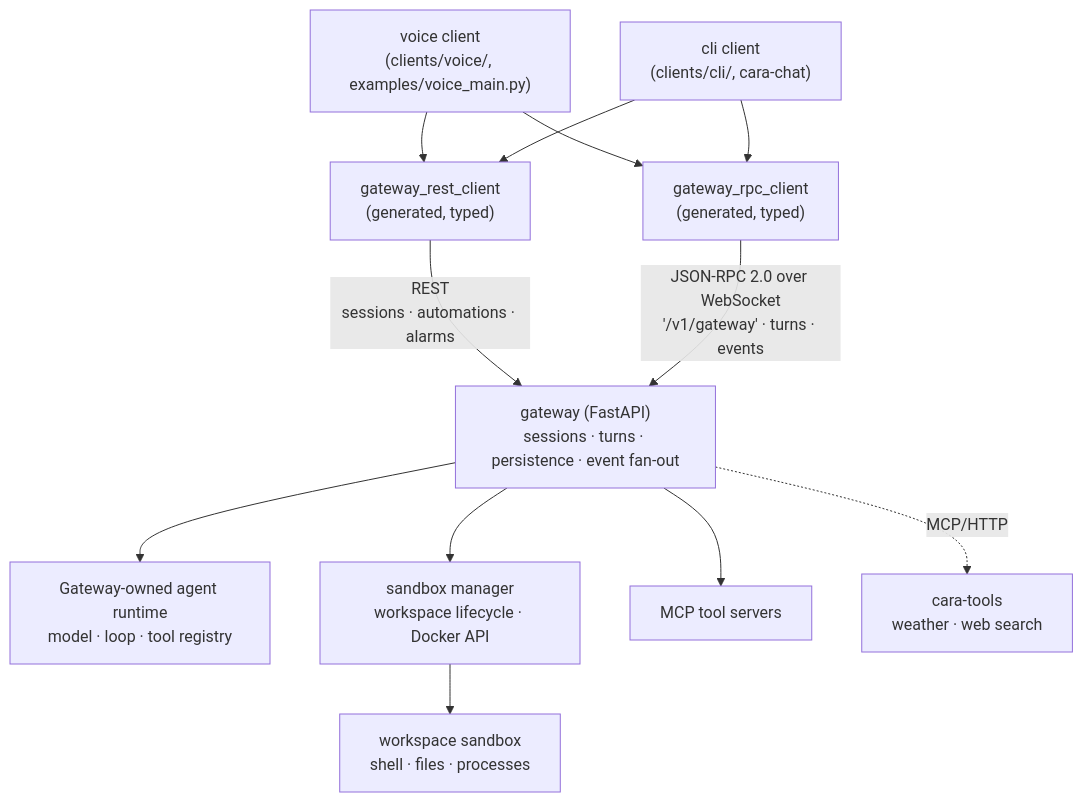
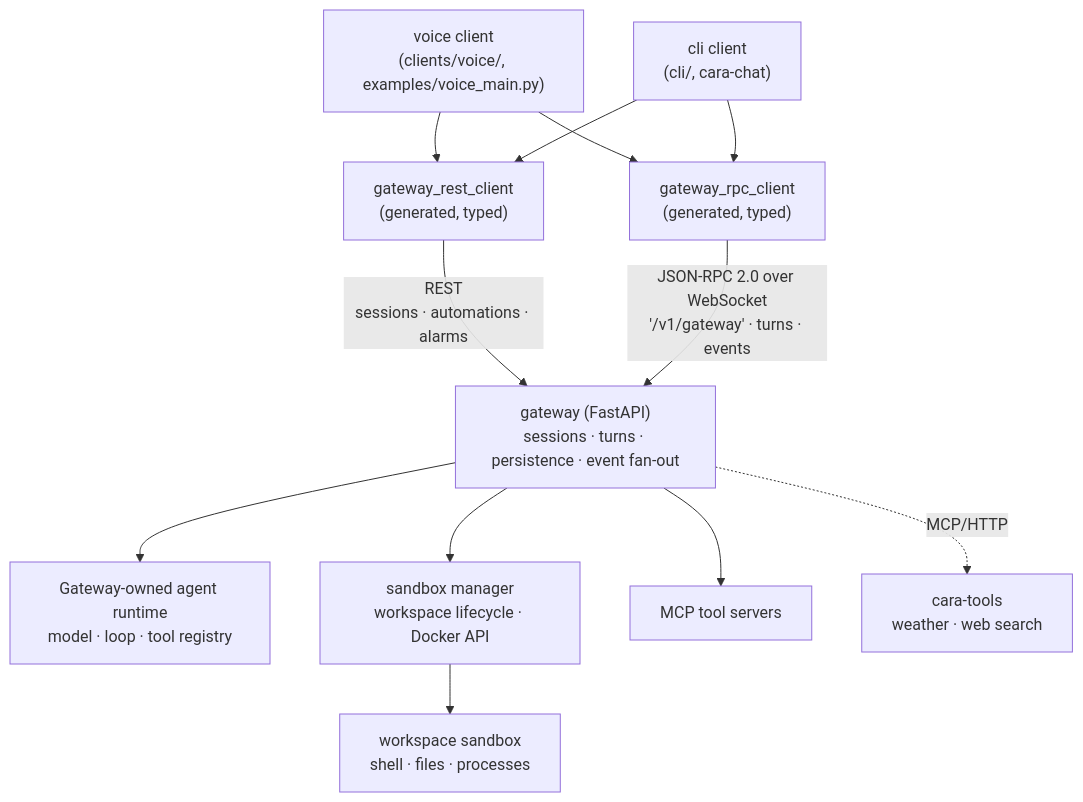
The first of 2 diagrams in README.md (mathisarends/cara), drawn with Mermaid before and after one commit. The commit also changed other lines of this file and 63 other files, not shown here.

````diff
--- a/README.md
+++ b/README.md
@@ -33,24 +33,24 @@
 ```mermaid
 flowchart TD
     Voice["voice client<br/>(clients/voice/, examples/voice_main.py)"]
-    Cli["cli client<br/>(clients/cli/, cara-chat)"]
+    Cli["cli client<br/>(cli/, cara-chat)"]
     Rest["gateway_rest_client<br/>(generated, typed)"]
     Rpc["gateway_rpc_client<br/>(generated, typed)"]
     Gateway["gateway (FastAPI)<br/>sessions · turns · persistence · event fan-out"]
     Agent["Gateway-owned agent runtime<br/>model · loop · tool registry"]
     Manager["sandbox manager<br/>workspace lifecycle · Docker API"]
     Sandbox["workspace sandbox<br/>shell · files · processes"]
     MCP["MCP tool servers"]
 
     Voice --> Rest
     Voice --> Rpc
     Cli --> Rest
     Cli --> Rpc
     Rest -- "REST<br/>sessions · automations · alarms" --> Gateway
     Rpc -- "JSON-RPC 2.0 over WebSocket<br/>'/v1/gateway' · turns · events" --> Gateway
     Gateway --> Agent
     Gateway --> Manager
     Manager --> Sandbox
     Gateway --> MCP
     Gateway -. "MCP/HTTP" .-> CaraTools["cara-tools<br/>weather · web search"]
 ```
````
